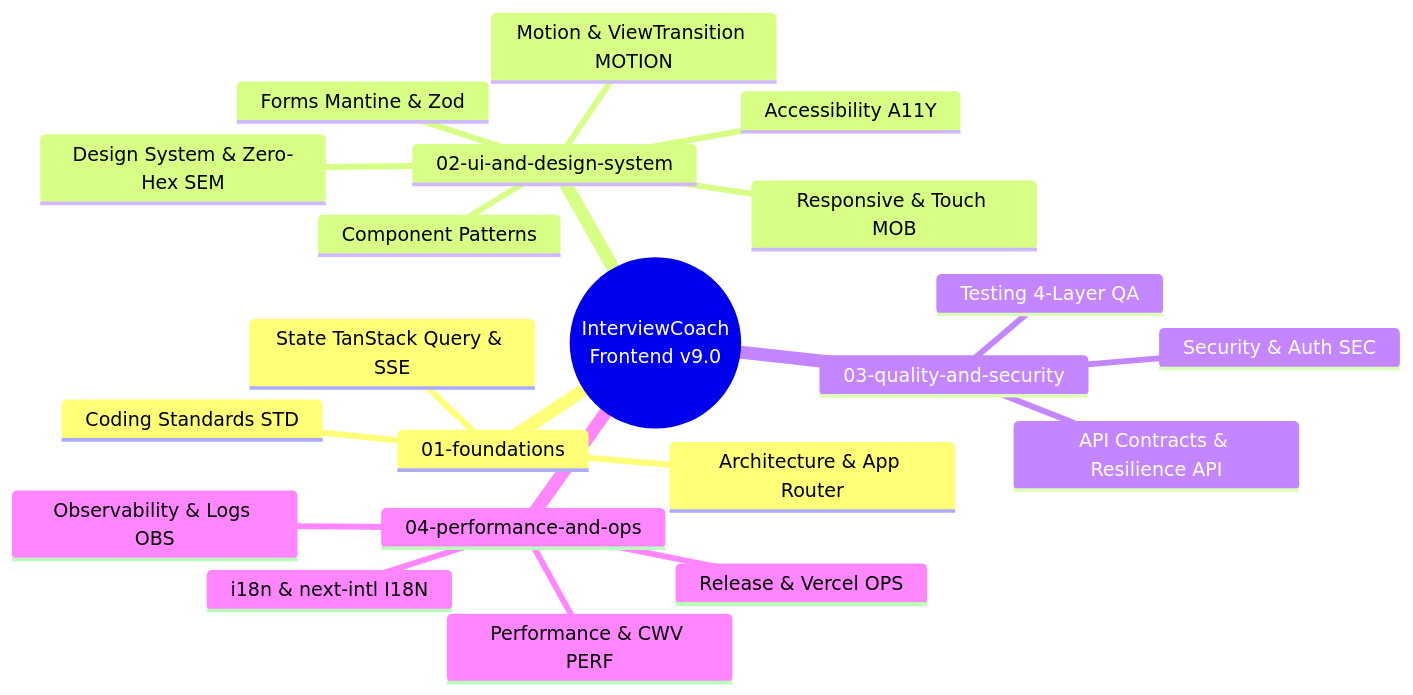
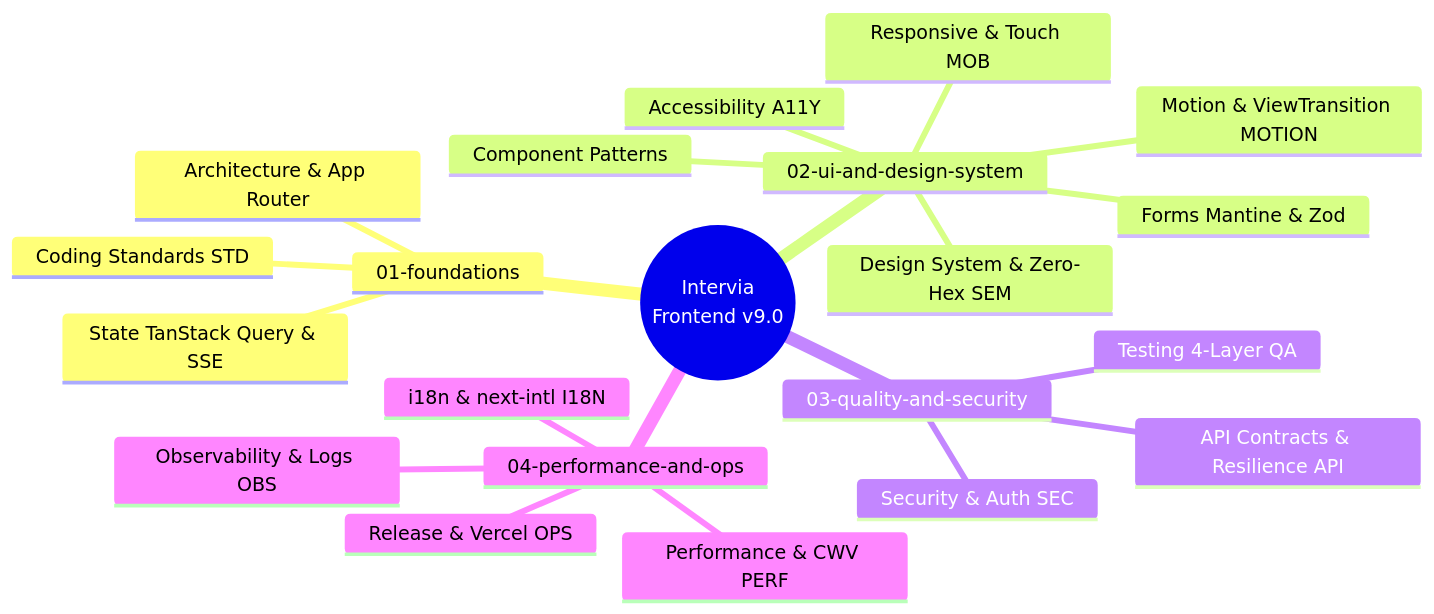
One commit to lethanhan01/interview-coach changed the first of 2 diagrams in client/docs/docs/README.md. Above: the diagram before and after it, drawn with Mermaid. The commit also changed other lines of this file and 61 other files, not shown here.

````diff
--- a/client/docs/docs/README.md
+++ b/client/docs/docs/README.md
@@ -37,24 +37,24 @@
 ```mermaid
 mindmap
-  root((InterviewCoach<br/>Frontend v9.0))
+  root((Intervia<br/>Frontend v9.0))
     01-foundations
       Architecture & App Router
       Coding Standards STD
       State TanStack Query & SSE
     02-ui-and-design-system
       Component Patterns
       Forms Mantine & Zod
       Design System & Zero-Hex SEM
       Accessibility A11Y
       Motion & ViewTransition MOTION
       Responsive & Touch MOB
     03-quality-and-security
       Testing 4-Layer QA
       API Contracts & Resilience API
       Security & Auth SEC
     04-performance-and-ops
       Performance & CWV PERF
       Observability & Logs OBS
       i18n & next-intl I18N
       Release & Vercel OPS
 ```
````
